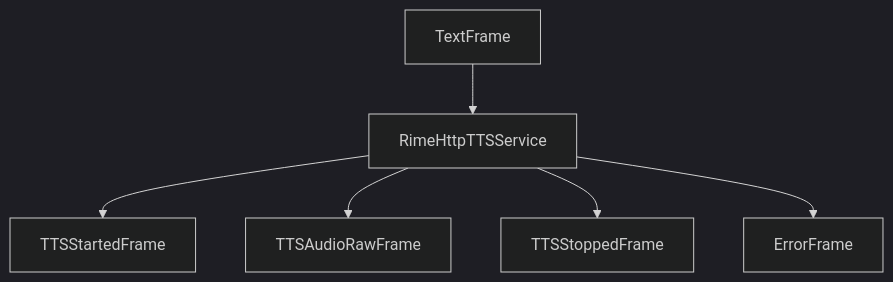
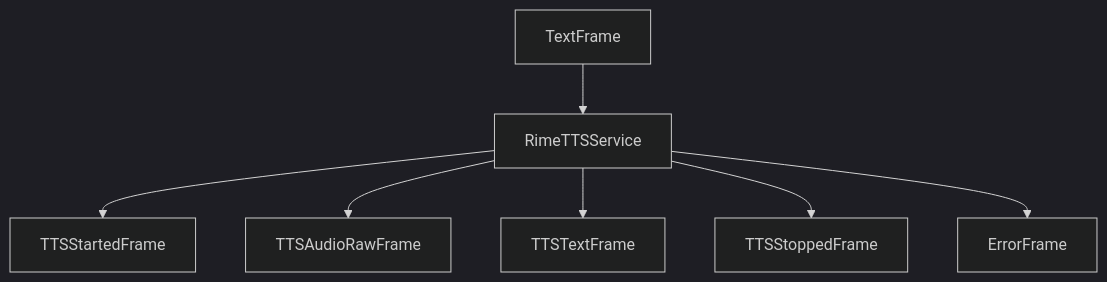
One commit to pipecat-ai/docs changed the diagram in server/services/tts/rime.mdx. Above: the diagram before and after it, drawn with Mermaid (dark theme). The commit also changed other lines of this file and 1 other file, not shown here.

Commit message:
Update Rime docs for RimeTTSService

````diff
--- a/server/services/tts/rime.mdx
+++ b/server/services/tts/rime.mdx
@@ -119,8 +195,9 @@
 ```mermaid
 graph TD
-    A[TextFrame] --> B[RimeHttpTTSService]
+    A[TextFrame] --> B[RimeTTSService]
     B --> C[TTSStartedFrame]
     B --> D[TTSAudioRawFrame]
+    B --> G[TTSTextFrame]
     B --> E[TTSStoppedFrame]
     B --> F[ErrorFrame]
 ```
````
